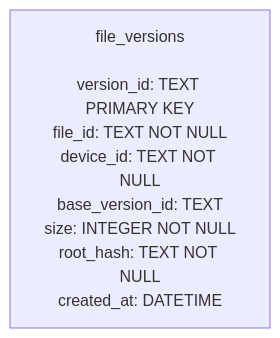
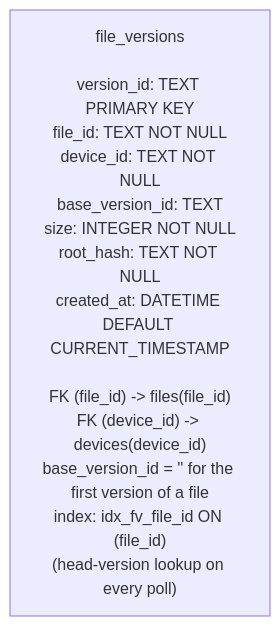
The diagram in docs/schema/file_versions.mmd (ShivangNagta/data_sync), drawn with Mermaid before and after one commit. The commit also changed 11 other files, not shown here.

```diff
--- a/docs/schema/file_versions.mmd
+++ b/docs/schema/file_versions.mmd
@@ -1,2 +1,2 @@
 flowchart TB
-    FV["file_versions<br/><br/>version_id: TEXT PRIMARY KEY<br/>file_id: TEXT NOT NULL<br/>device_id: TEXT NOT NULL<br/>base_version_id: TEXT<br/>size: INTEGER NOT NULL<br/>root_hash: TEXT NOT NULL<br/>created_at: DATETIME"]
+    FV["file_versions<br/><br/>version_id: TEXT PRIMARY KEY<br/>file_id: TEXT NOT NULL<br/>device_id: TEXT NOT NULL<br/>base_version_id: TEXT<br/>size: INTEGER NOT NULL<br/>root_hash: TEXT NOT NULL<br/>created_at: DATETIME DEFAULT CURRENT_TIMESTAMP<br/><br/>FK (file_id) -> files(file_id)<br/>FK (device_id) -> devices(device_id)<br/>base_version_id = '' for the first version of a file<br/>index: idx_fv_file_id ON (file_id)<br/>(head-version lookup on every poll)"]
```
